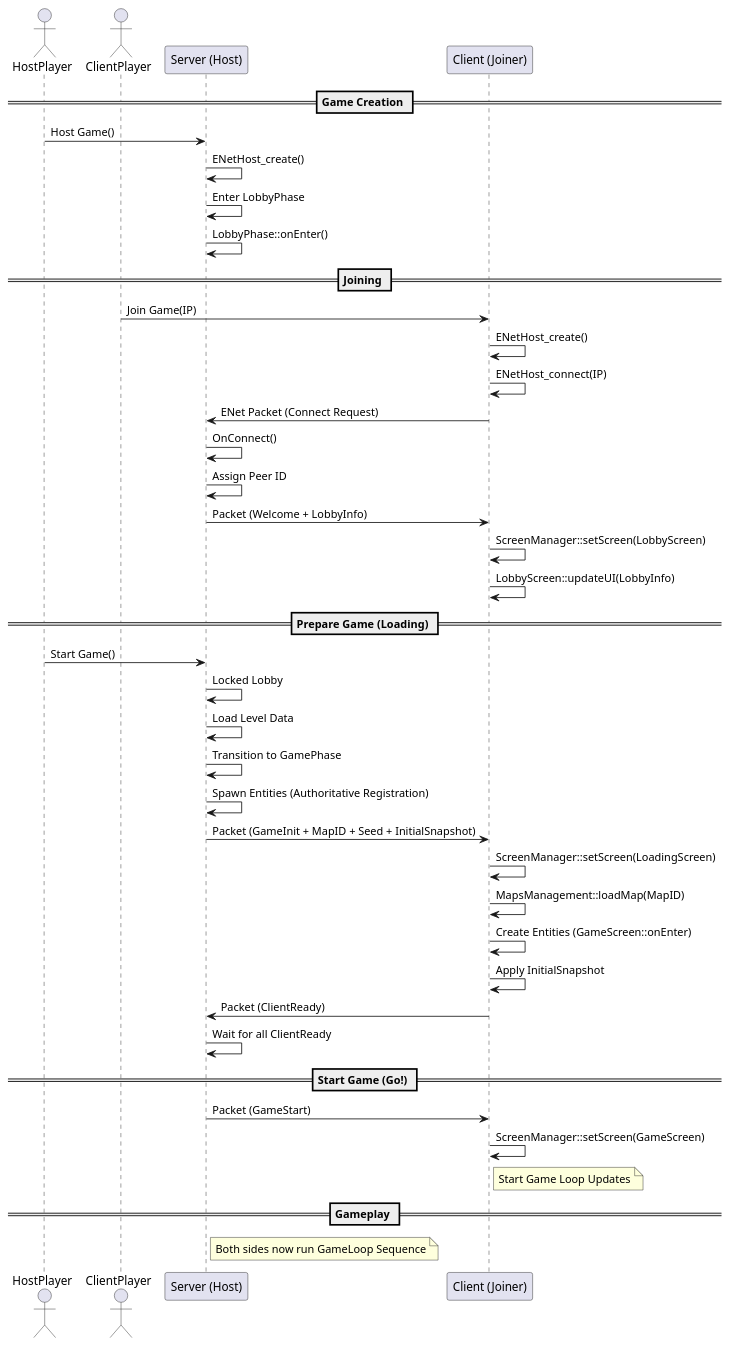
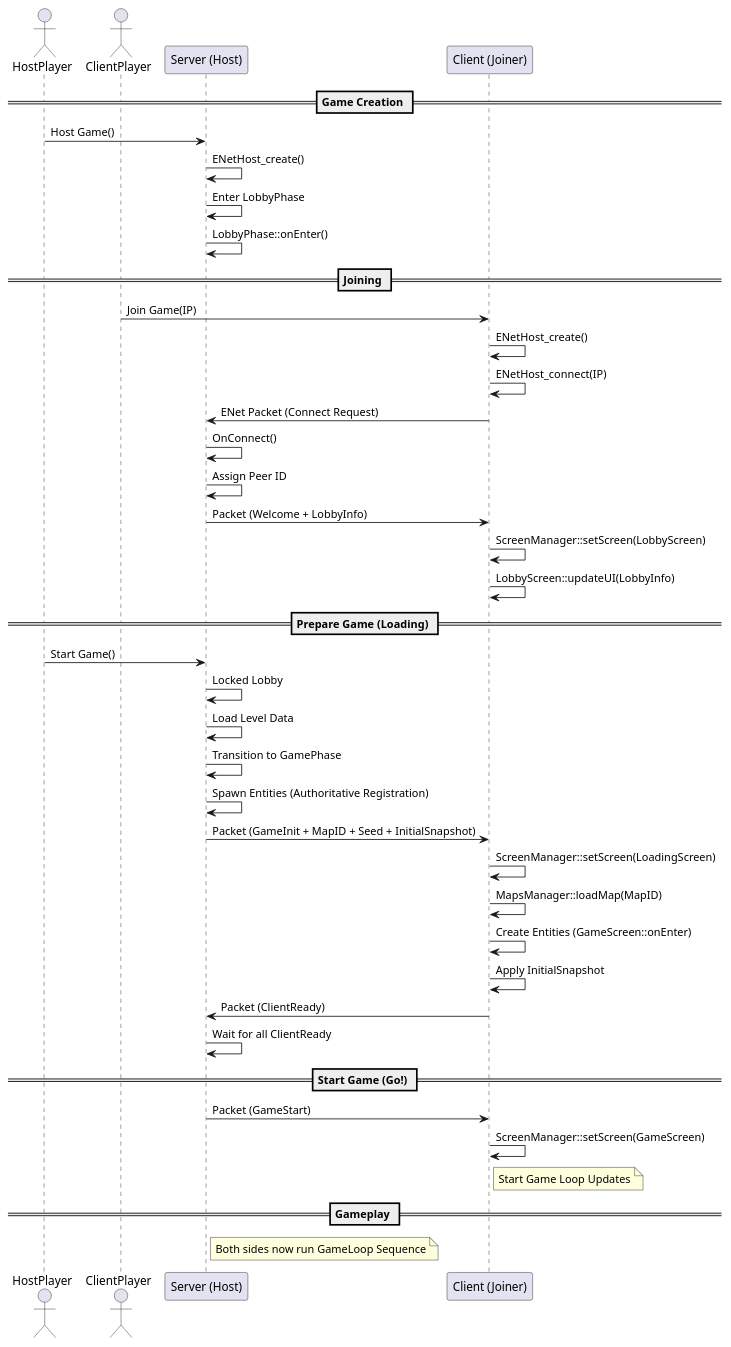
The diagram in docs/lobby_sequence.puml (JakubSzwedowicz/PacMan), drawn with PlantUML before and after one commit. The commit also changed 6 other files, not shown here.

```diff
--- a/docs/lobby_sequence.puml
+++ b/docs/lobby_sequence.puml
@@ -1,48 +1,48 @@
 @startuml LobbySequence
 actor HostPlayer
 actor ClientPlayer
 participant "Server (Host)" as Server
 participant "Client (Joiner)" as Client
 
 == Game Creation ==
 HostPlayer -> Server : Host Game()
 Server -> Server : ENetHost_create()
 Server -> Server : Enter LobbyPhase
 Server -> Server : LobbyPhase::onEnter()
 
 == Joining ==
 ClientPlayer -> Client : Join Game(IP)
 Client -> Client : ENetHost_create()
 Client -> Client : ENetHost_connect(IP)
 Client -> Server : ENet Packet (Connect Request)
 
 Server -> Server : OnConnect()
 Server -> Server : Assign Peer ID
 Server -> Client : Packet (Welcome + LobbyInfo)
 Client -> Client : ScreenManager::setScreen(LobbyScreen)
 Client -> Client : LobbyScreen::updateUI(LobbyInfo)
 
 == Prepare Game (Loading) ==
 HostPlayer -> Server : Start Game()
 Server -> Server : Locked Lobby
 Server -> Server : Load Level Data
 Server -> Server : Transition to GamePhase
 Server -> Server : Spawn Entities (Authoritative Registration)
 Server -> Client : Packet (GameInit + MapID + Seed + InitialSnapshot)
 
 Client -> Client : ScreenManager::setScreen(LoadingScreen)
-Client -> Client : MapsManagement::loadMap(MapID)
+Client -> Client : MapsManager::loadMap(MapID)
 Client -> Client : Create Entities (GameScreen::onEnter)
 Client -> Client : Apply InitialSnapshot
 Client -> Server : Packet (ClientReady)
 
 Server -> Server : Wait for all ClientReady
 
 == Start Game (Go!) ==
 Server -> Client : Packet (GameStart)
 Client -> Client : ScreenManager::setScreen(GameScreen)
 note right of Client : Start Game Loop Updates
 
 == Gameplay ==
 note right of Server : Both sides now run GameLoop Sequence
 @enduml
```
